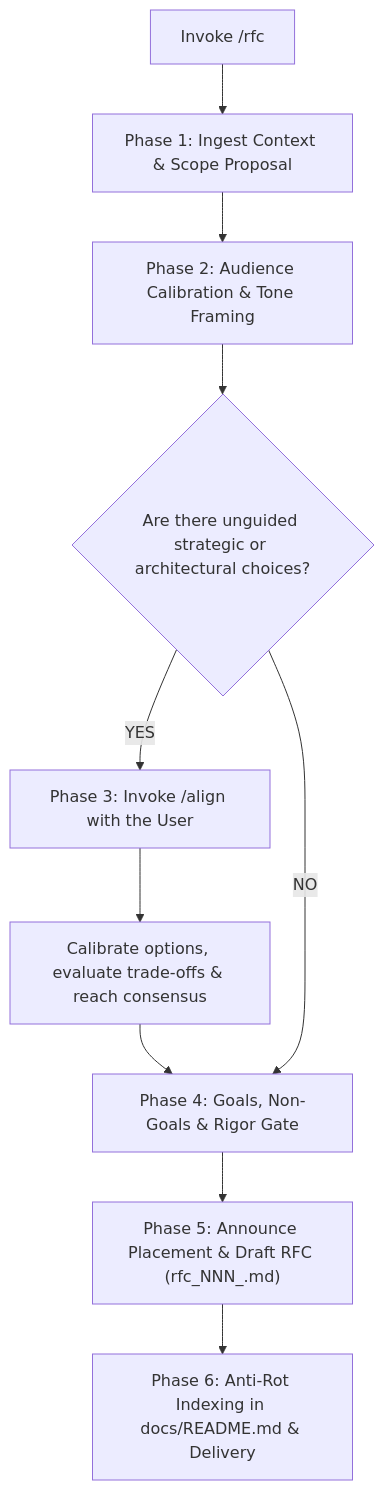
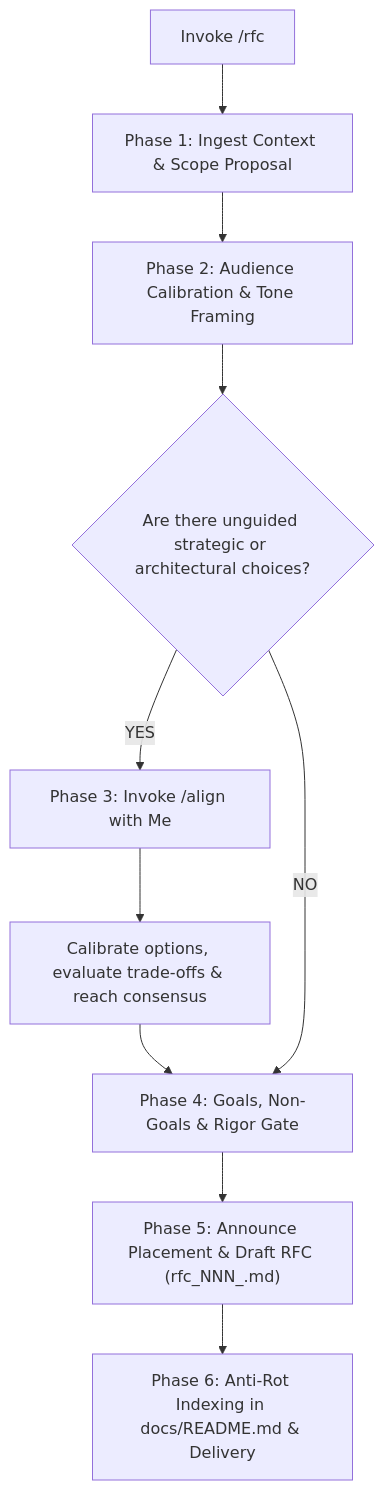
One commit to dimsedra/skills changed the diagram in rfc/SKILL.md. Above: the diagram before and after it, drawn with Mermaid. The commit also changed other lines of this file and 7 other files, not shown here.

First line of the commit message:
refactor(skills): align skill instructions to user-to-agent imperative perspective

````diff
--- a/rfc/SKILL.md
+++ b/rfc/SKILL.md
@@ -16,12 +16,12 @@
 ```mermaid
 flowchart TD
     A["Invoke /rfc"] --> B["Phase 1: Ingest Context & Scope Proposal"]
     B --> C["Phase 2: Audience Calibration & Tone Framing"]
     C --> D{"Are there unguided strategic or architectural choices?"}
-    D -- YES --> E["Phase 3: Invoke /align with the User"]
+    D -- YES --> E["Phase 3: Invoke /align with Me"]
     E --> F["Calibrate options, evaluate trade-offs & reach consensus"]
     F --> G["Phase 4: Goals, Non-Goals & Rigor Gate"]
     D -- NO --> G
     G --> H["Phase 5: Announce Placement & Draft RFC (rfc_NNN_<slug>.md)"]
     H --> I["Phase 6: Anti-Rot Indexing in docs/README.md & Delivery"]
 ```
````
